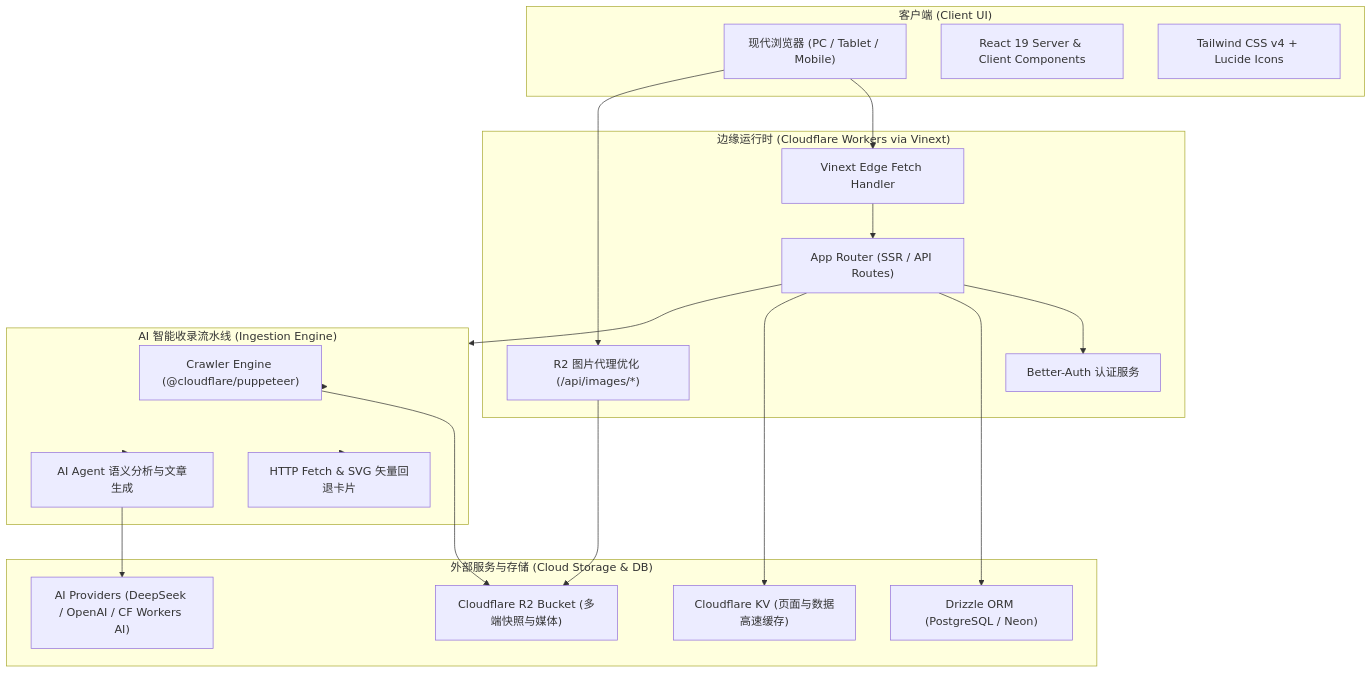
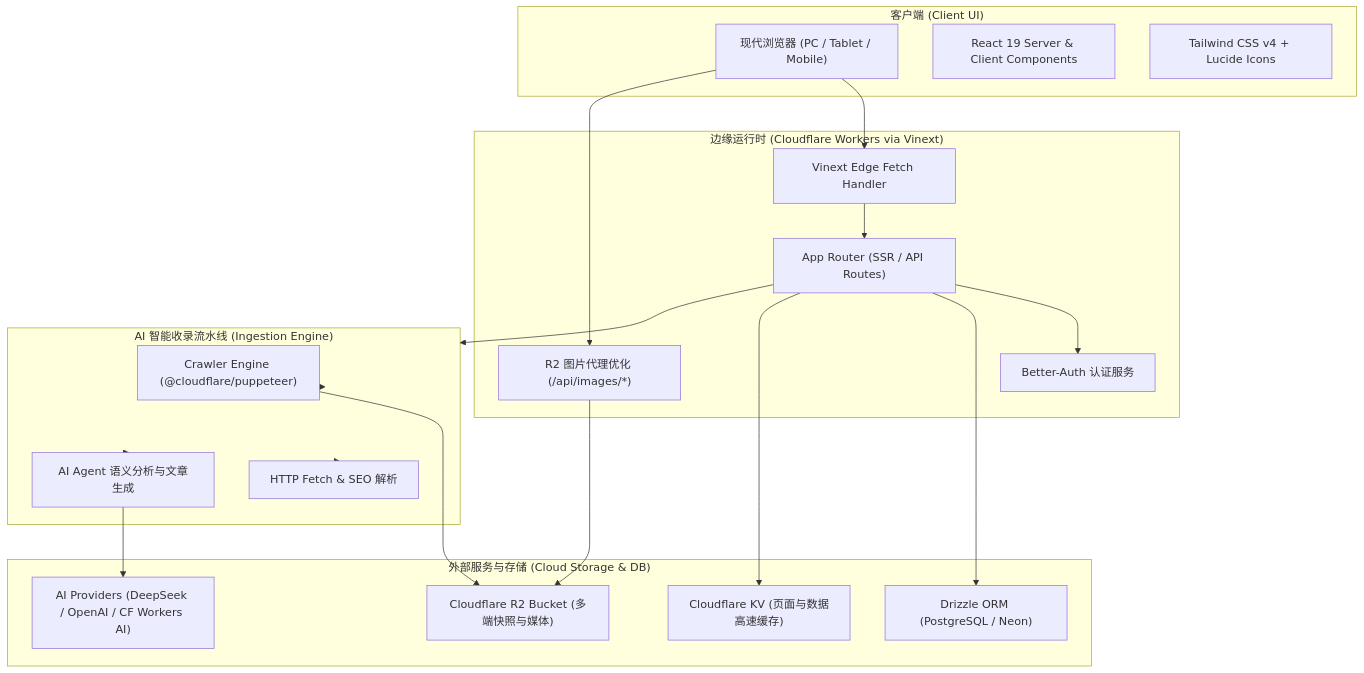
Before and after one commit to owocc/hyakume: the diagram in README.md, drawn with Mermaid. The commit also changed other lines of this file and 46 other files, not shown here.

````diff
--- a/README.md
+++ b/README.md
@@ -92,42 +80,42 @@
 ```mermaid
 flowchart TB
     subgraph Client["客户端 (Client UI)"]
         Browser["现代浏览器 (PC / Tablet / Mobile)"]
         RSC["React 19 Server & Client Components"]
         Tailwind["Tailwind CSS v4 + Lucide Icons"]
     end
 
     subgraph Edge["边缘运行时 (Cloudflare Workers via Vinext)"]
         FetchHandler["Vinext Edge Fetch Handler"]
         AppRouter["App Router (SSR / API Routes)"]
         BetterAuth["Better-Auth 认证服务"]
         ImageProxy["R2 图片代理优化 (/api/images/*)"]
     end
 
     subgraph Pipeline["AI 智能收录流水线 (Ingestion Engine)"]
         Crawler["Crawler Engine (@cloudflare/puppeteer)"]
-        FallbackCrawler["HTTP Fetch & SVG 矢量回退卡片"]
+        FallbackCrawler["HTTP Fetch & SEO 解析"]
         AI_Agent["AI Agent 语义分析与文章生成"]
     end
 
     subgraph External["外部服务与存储 (Cloud Storage & DB)"]
         R2["Cloudflare R2 Bucket (多端快照与媒体)"]
         KV["Cloudflare KV (页面与数据高速缓存)"]
         Drizzle["Drizzle ORM (PostgreSQL / Neon)"]
         LLM["AI Providers (DeepSeek / OpenAI / CF Workers AI)"]
     end
 
     Browser --> FetchHandler
     FetchHandler --> AppRouter
     AppRouter --> BetterAuth
     AppRouter --> Pipeline
     Pipeline --> Crawler
     Pipeline --> FallbackCrawler
     Crawler --> R2
     Pipeline --> AI_Agent
     AI_Agent --> LLM
     AppRouter --> Drizzle
     AppRouter --> KV
     Browser --> ImageProxy
     ImageProxy --> R2
 ```
````
